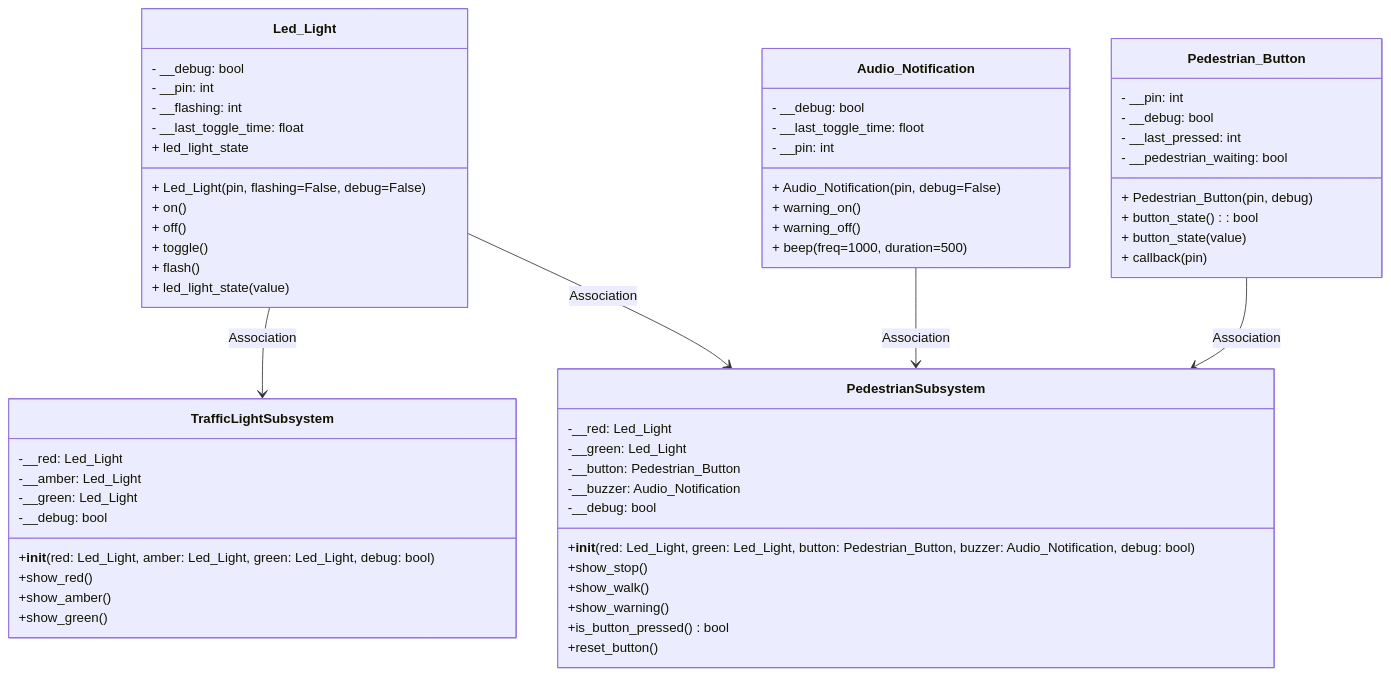
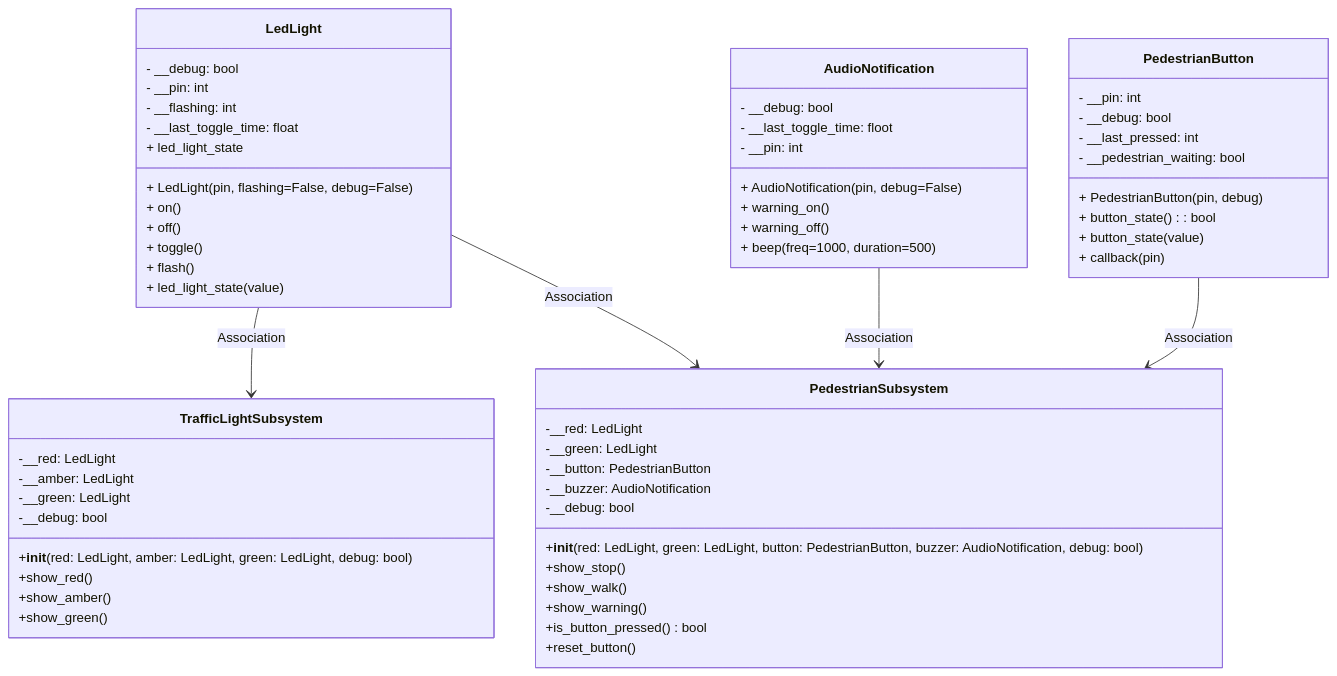
One commit to TempeHS/MicroPython_OOP_Pi_Pico_Mini_Project_Source changed the second of 2 diagrams in tutorials/Lecture6.md. Above: the diagram before and after it, drawn with Mermaid. The commit also changed other lines of this file and 39 other files, not shown here.

````diff
--- a/tutorials/Lecture6.md
+++ b/tutorials/Lecture6.md
@@ -75,66 +76,66 @@
 ```mermaid
 classDiagram
-    class Led_Light {
+    class LedLight {
         - __debug: bool
         - __pin: int
         - __flashing: int
         - __last_toggle_time: float
-        + Led_Light(pin, flashing=False, debug=False)
+        + LedLight(pin, flashing=False, debug=False)
         + on()
         + off()
         + toggle()
         + flash()
         + led_light_state
         + led_light_state(value)
     }
 
-    class Pedestrian_Button {
+    class PedestrianButton {
         - __pin: int
         - __debug: bool
         - __last_pressed: int
         - __pedestrian_waiting: bool
-        + Pedestrian_Button(pin, debug)
+        + PedestrianButton(pin, debug)
         + button_state() : bool
         + button_state(value)
         + callback(pin)
     }
 
-    class Audio_Notification {
+    class AudioNotification {
         - __debug: bool
         - __last_toggle_time: floot
         - __pin: int
-        + Audio_Notification(pin, debug=False)
+        + AudioNotification(pin, debug=False)
         + warning_on()
         + warning_off()
         + beep(freq=1000, duration=500)
     }
 
     class TrafficLightSubsystem {
-        -__red: Led_Light
-        -__amber: Led_Light
-        -__green: Led_Light
+        -__red: LedLight
+        -__amber: LedLight
+        -__green: LedLight
         -__debug: bool
-        +__init__(red: Led_Light, amber: Led_Light, green: Led_Light, debug: bool)
+        +__init__(red: LedLight, amber: LedLight, green: LedLight, debug: bool)
         +show_red()
         +show_amber()
         +show_green()
     }
-    Led_Light --> TrafficLightSubsystem : Association
+    LedLight --> TrafficLightSubsystem : Association
 
     class PedestrianSubsystem {
-        -__red: Led_Light
-        -__green: Led_Light
-        -__button: Pedestrian_Button
-        -__buzzer: Audio_Notification
+        -__red: LedLight
+        -__green: LedLight
+        -__button: PedestrianButton
+        -__buzzer: AudioNotification
         -__debug: bool
-        +__init__(red: Led_Light, green: Led_Light, button: Pedestrian_Button, buzzer: Audio_Notification, debug: bool)
+        +__init__(red: LedLight, green: LedLight, button: PedestrianButton, buzzer: AudioNotification, debug: bool)
         +show_stop()
         +show_walk()
         +show_warning()
         +is_button_pressed() bool
         +reset_button()
     }
-    Led_Light --> PedestrianSubsystem : Association
-    Audio_Notification --> PedestrianSubsystem : Association
-    Pedestrian_Button --> PedestrianSubsystem : Association 
+    LedLight --> PedestrianSubsystem : Association
+    AudioNotification --> PedestrianSubsystem : Association
+    PedestrianButton --> PedestrianSubsystem : Association
 ```
````
